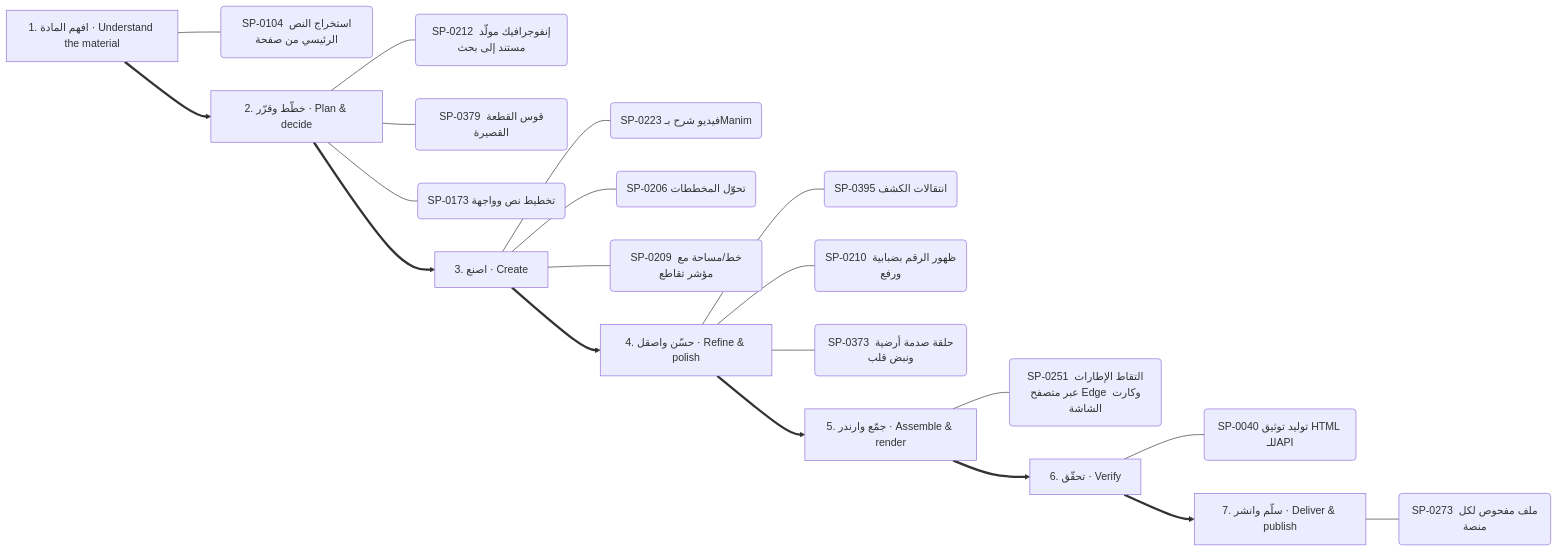
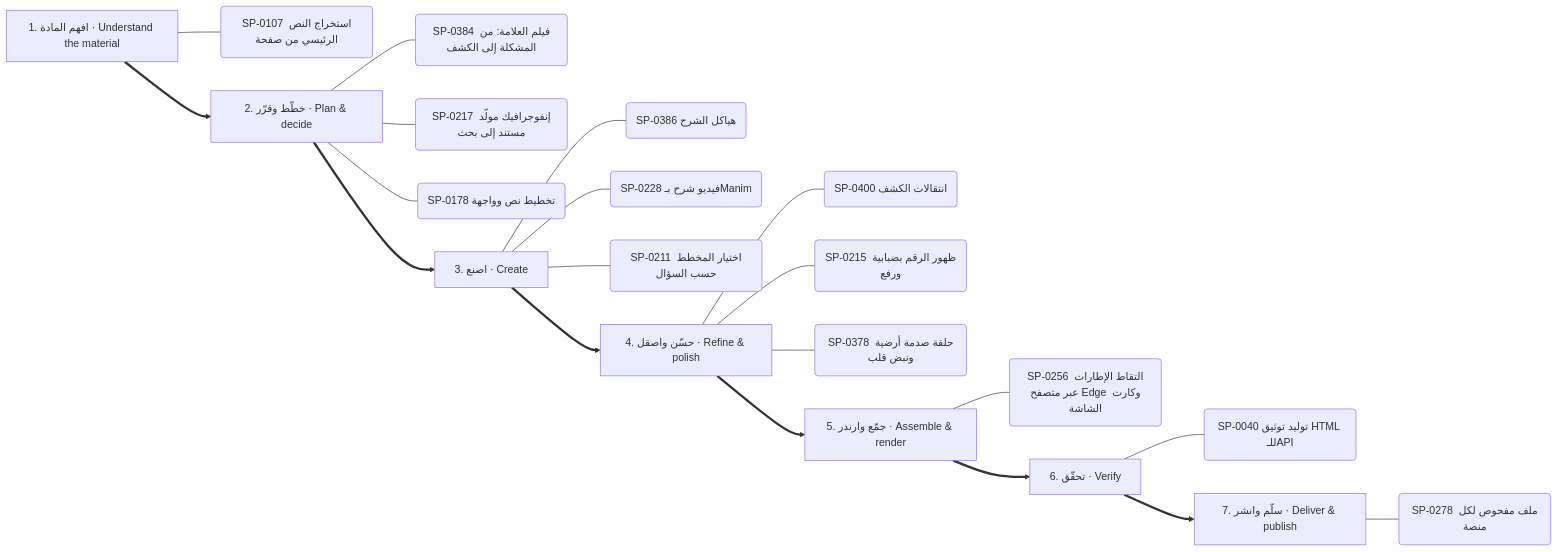
The fifth of 13 diagrams in .claude/skills/kosif-superpowers/references/capability-mindmap.md (kosif199022-jpg/kosif-tool), drawn with Mermaid before and after one commit. The commit also changed other lines of this file and 376 other files, not shown here.

````diff
--- a/.claude/skills/kosif-superpowers/references/capability-mindmap.md
+++ b/.claude/skills/kosif-superpowers/references/capability-mindmap.md
@@ -271,29 +273,29 @@
 ```mermaid
 flowchart LR
   S0["1. افهم المادة · Understand the material"]
-  S0 --- S0_0("SP-0104 استخراج النص الرئيسي من صفحة")
+  S0 --- S0_0("SP-0107 استخراج النص الرئيسي من صفحة")
   S1["2. خطّط وقرّر · Plan & decide"]
-  S1 --- S1_0("SP-0212 إنفوجرافيك مولَّد مستند إلى بحث")
-  S1 --- S1_1("SP-0379 قوس القطعة القصيرة")
-  S1 --- S1_2("SP-0173 تخطيط نص وواجهة")
+  S1 --- S1_0("SP-0384 فيلم العلامة: من المشكلة إلى الكشف")
+  S1 --- S1_1("SP-0217 إنفوجرافيك مولَّد مستند إلى بحث")
+  S1 --- S1_2("SP-0178 تخطيط نص وواجهة")
   S0 ==> S1
   S2["3. اصنع · Create"]
-  S2 --- S2_0("SP-0223 فيديو شرح بـManim")
-  S2 --- S2_1("SP-0206 تحوّل المخططات")
-  S2 --- S2_2("SP-0209 خط/مساحة مع مؤشر تقاطع")
+  S2 --- S2_0("SP-0386 هياكل الشرح")
+  S2 --- S2_1("SP-0228 فيديو شرح بـManim")
+  S2 --- S2_2("SP-0211 اختيار المخطط حسب السؤال")
   S1 ==> S2
   S3["4. حسّن واصقل · Refine & polish"]
-  S3 --- S3_0("SP-0395 انتقالات الكشف")
-  S3 --- S3_1("SP-0210 ظهور الرقم بضبابية ورفع")
-  S3 --- S3_2("SP-0373 حلقة صدمة أرضية ونبض قلب")
+  S3 --- S3_0("SP-0400 انتقالات الكشف")
+  S3 --- S3_1("SP-0215 ظهور الرقم بضبابية ورفع")
+  S3 --- S3_2("SP-0378 حلقة صدمة أرضية ونبض قلب")
   S2 ==> S3
   S4["5. جمّع وارندر · Assemble & render"]
-  S4 --- S4_0("SP-0251 التقاط الإطارات عبر متصفح Edge وكارت الشاشة")
+  S4 --- S4_0("SP-0256 التقاط الإطارات عبر متصفح Edge وكارت الشاشة")
   S3 ==> S4
   S5["6. تحقّق · Verify"]
   S5 --- S5_0("SP-0040 توليد توثيق HTML للـAPI")
   S4 ==> S5
   S6["7. سلّم وانشر · Deliver & publish"]
-  S6 --- S6_0("SP-0273 ملف مفحوص لكل منصة")
+  S6 --- S6_0("SP-0278 ملف مفحوص لكل منصة")
   S5 ==> S6
 ```
````
